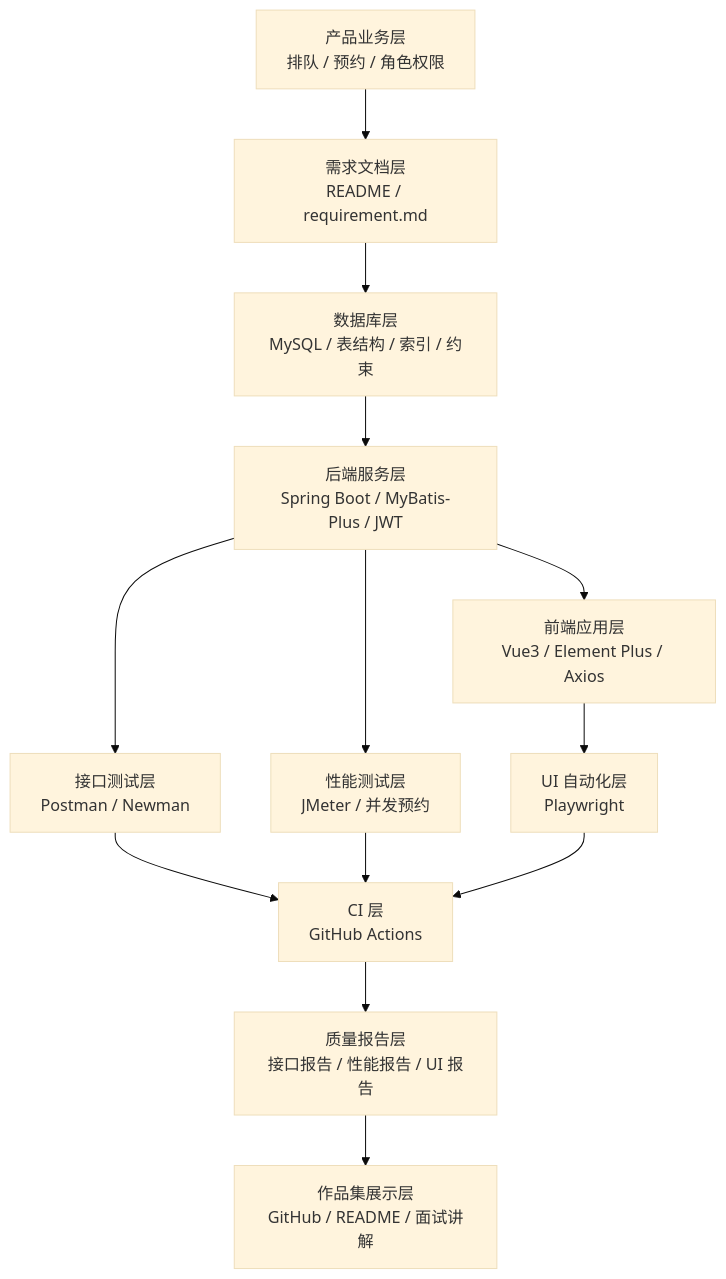
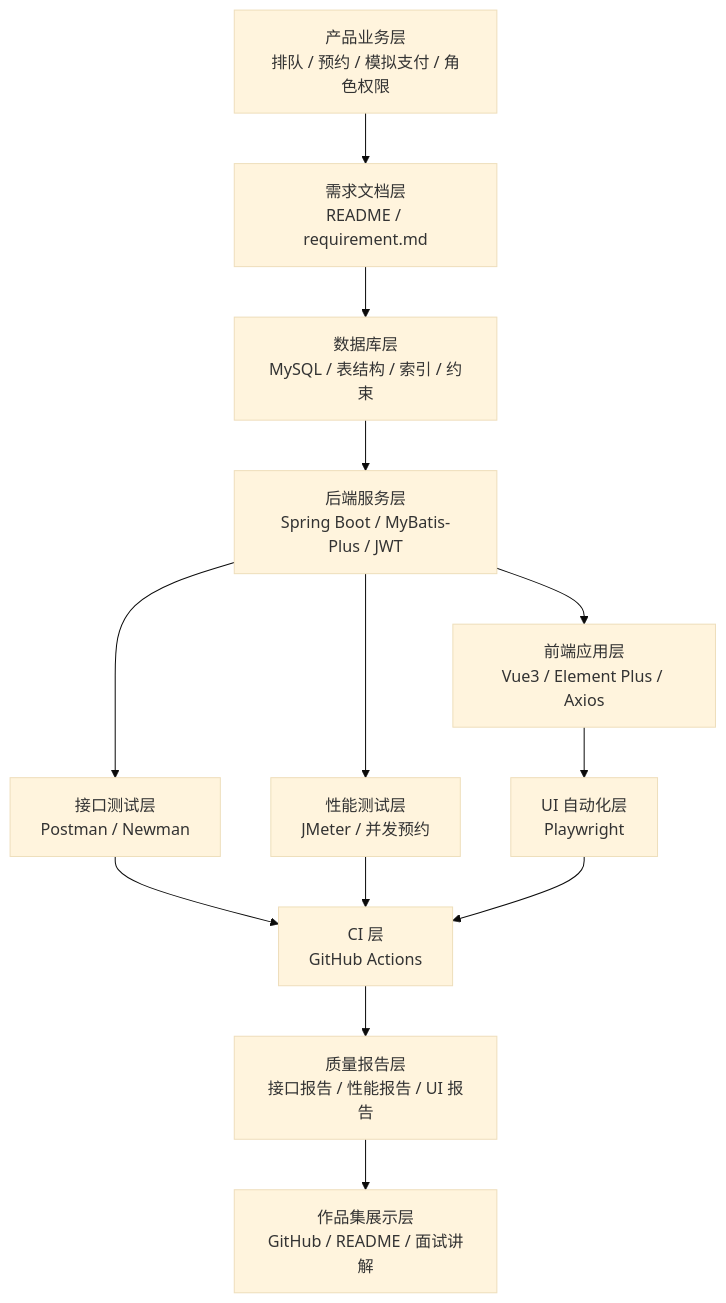
The diagram in docs/ecosystem.md (Xixi051108/QueueMate), drawn with Mermaid (base theme) before and after one commit. The commit also changed other lines of this file and 5 other files, not shown here.

````diff
--- a/docs/ecosystem.md
+++ b/docs/ecosystem.md
@@ -12,18 +12,18 @@
 ```mermaid
 flowchart TD
-    P["产品业务层<br/>排队 / 预约 / 角色权限"] --> R["需求文档层<br/>README / requirement.md"]
+    P["产品业务层<br/>排队 / 预约 / 模拟支付 / 角色权限"] --> R["需求文档层<br/>README / requirement.md"]
     R --> DB["数据库层<br/>MySQL / 表结构 / 索引 / 约束"]
     DB --> BE["后端服务层<br/>Spring Boot / MyBatis-Plus / JWT"]
     BE --> FE["前端应用层<br/>Vue3 / Element Plus / Axios"]
 
     BE --> API["接口测试层<br/>Postman / Newman"]
     BE --> PERF["性能测试层<br/>JMeter / 并发预约"]
     FE --> UI["UI 自动化层<br/>Playwright"]
 
     API --> CI["CI 层<br/>GitHub Actions"]
     PERF --> CI
     UI --> CI
 
     CI --> REPORT["质量报告层<br/>接口报告 / 性能报告 / UI 报告"]
     REPORT --> PORTFOLIO["作品集展示层<br/>GitHub / README / 面试讲解"]
 ```
````
